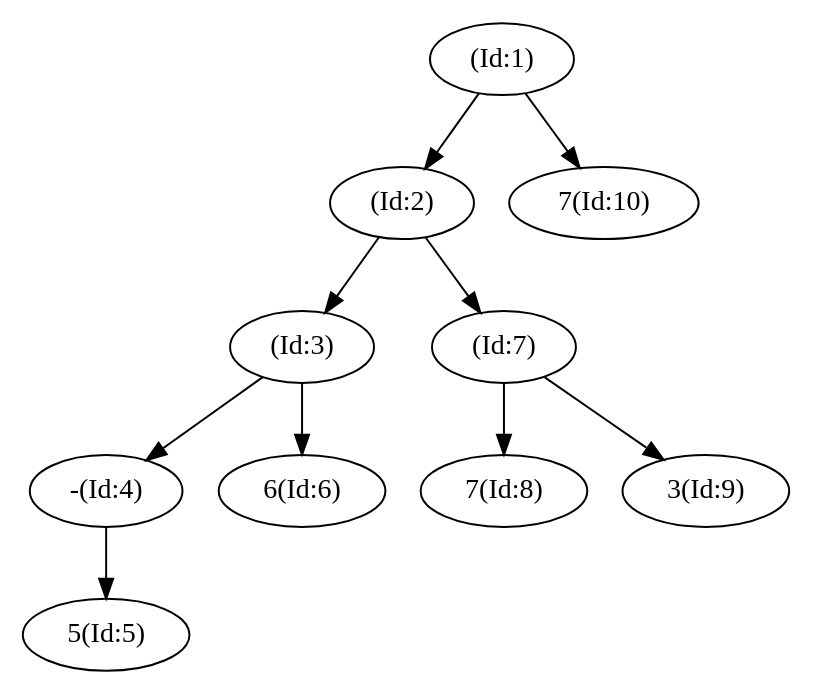
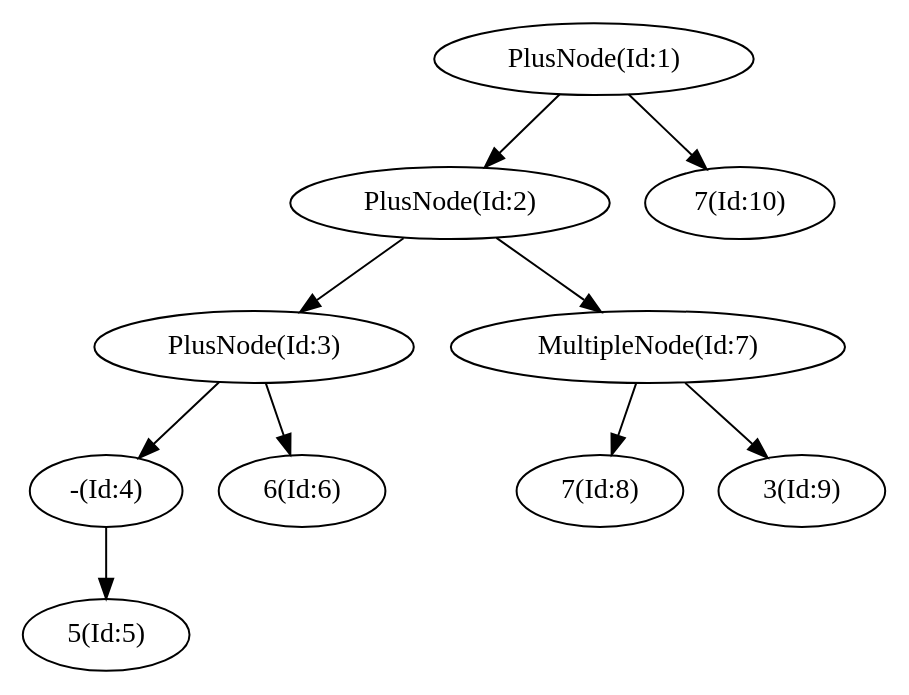
The diagram in Compiler/SyntacticalAnalyzerGenerator/LangFiles/astTree.dot (egoshin-igor/StateMachine), drawn with Graphviz before and after one commit. The commit also changed 2 other files, not shown here.

```diff
--- a/Compiler/SyntacticalAnalyzerGenerator/LangFiles/astTree.dot
+++ b/Compiler/SyntacticalAnalyzerGenerator/LangFiles/astTree.dot
@@ -1,1 +1,1 @@
-digraph G{"(Id:1)"->"(Id:2)";"(Id:1)"->"7(Id:10)";"(Id:2)"->"(Id:3)";"(Id:2)"->"(Id:7)";"(Id:3)"->"-(Id:4)";"(Id:3)"->"6(Id:6)";"-(Id:4)"->"5(Id:5)";"(Id:7)"->"7(Id:8)";"(Id:7)"->"3(Id:9)";}
+digraph G{"PlusNode(Id:1)"->"PlusNode(Id:2)";"PlusNode(Id:1)"->"7(Id:10)";"PlusNode(Id:2)"->"PlusNode(Id:3)";"PlusNode(Id:2)"->"MultipleNode(Id:7)";"PlusNode(Id:3)"->"-(Id:4)";"PlusNode(Id:3)"->"6(Id:6)";"-(Id:4)"->"5(Id:5)";"MultipleNode(Id:7)"->"7(Id:8)";"MultipleNode(Id:7)"->"3(Id:9)";}
```
